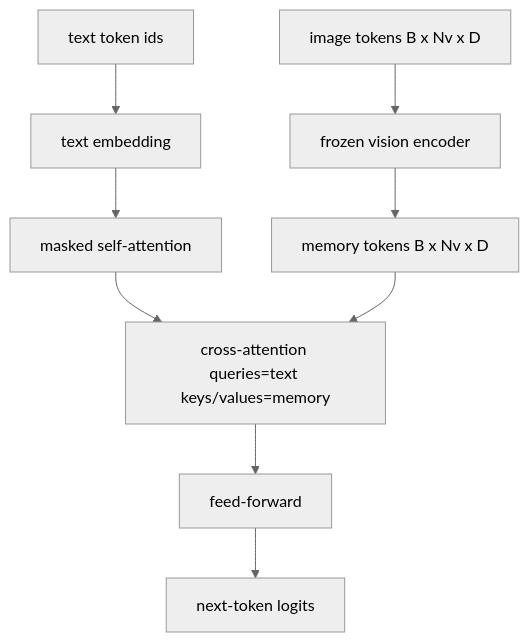
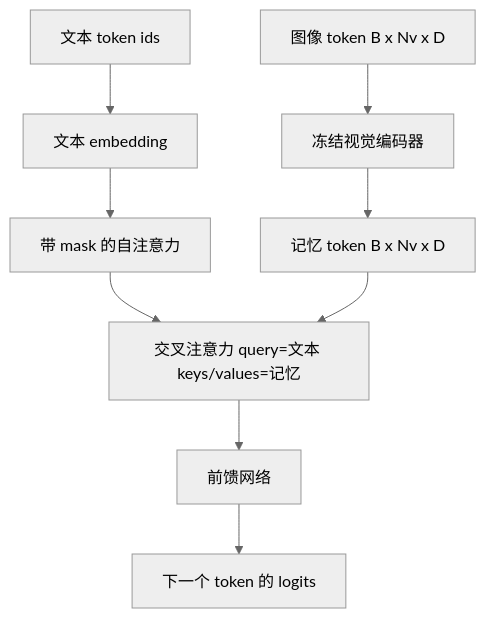
The first of 2 diagrams in lessons/19-capstone-projects/61-cross-attention-fusion/docs/zh.md (guangningsun/ailearning), drawn with Mermaid (neutral theme) before and after one commit. The commit also changed other lines of this file and 85 other files, not shown here.

````diff
--- a/lessons/19-capstone-projects/61-cross-attention-fusion/docs/zh.md
+++ b/lessons/19-capstone-projects/61-cross-attention-fusion/docs/zh.md
@@ -25,11 +25,11 @@
 ```mermaid
 flowchart TB
-  Image[image tokens B x Nv x D] --> Vis[frozen vision encoder]
-  Vis --> Mem[memory tokens B x Nv x D]
-  Text[text token ids] --> Emb[text embedding]
-  Emb --> Self[masked self-attention]
-  Self --> Cross[cross-attention queries=text keys/values=memory]
-  Cross --> FFN[feed-forward]
-  FFN --> Out[next-token logits]
+  Image[图像 token B x Nv x D] --> Vis[冻结视觉编码器]
+  Vis --> Mem[记忆 token B x Nv x D]
+  Text[文本 token ids] --> Emb[文本 embedding]
+  Emb --> Self[带 mask 的自注意力]
+  Self --> Cross[交叉注意力 query=文本 keys/values=记忆]
+  Cross --> FFN[前馈网络]
+  FFN --> Out[下一个 token 的 logits]
   Mem --> Cross
 ```
````
